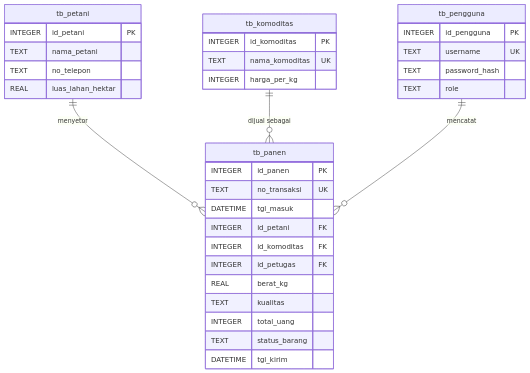
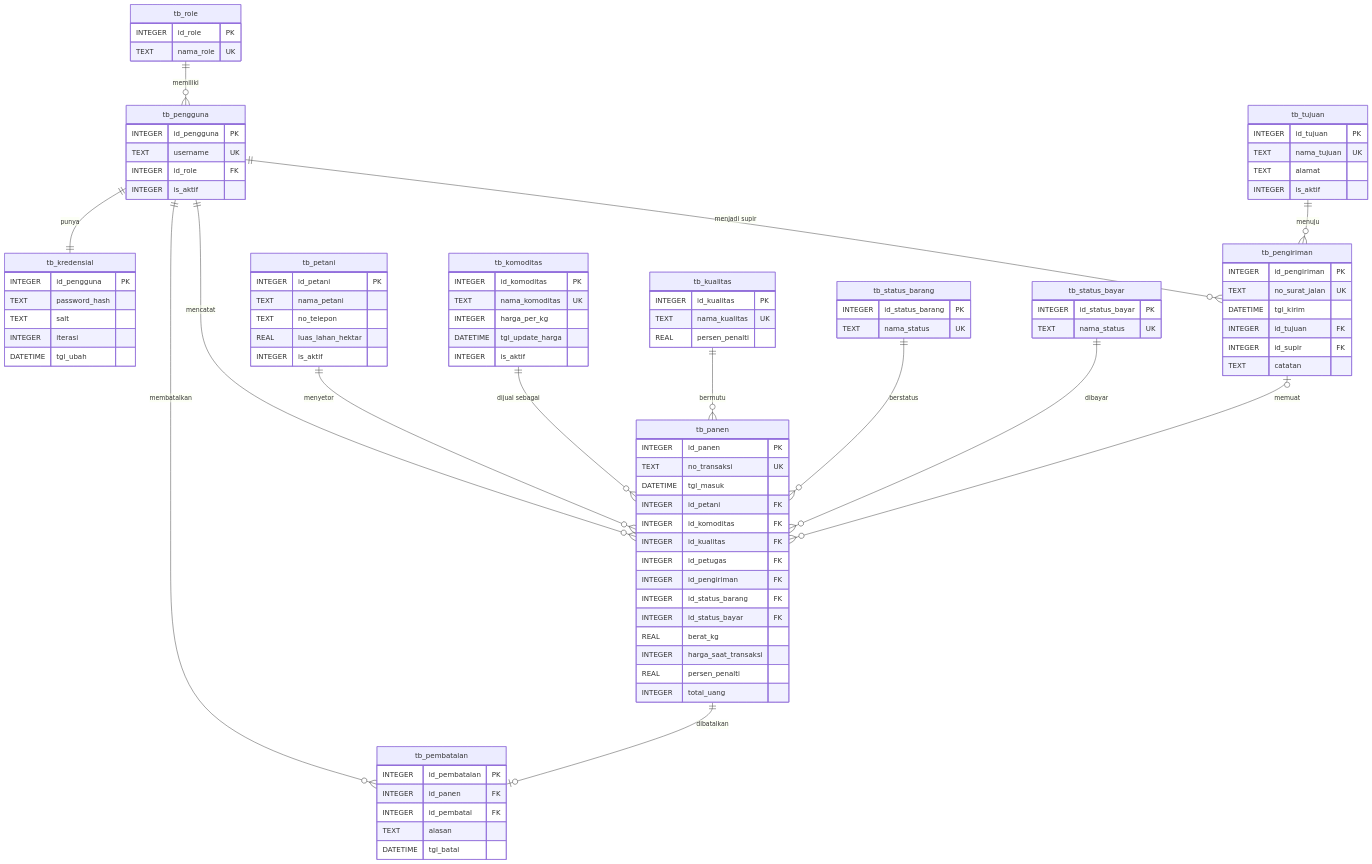
The second of 2 diagrams in README.md (Abidsyakur/AgriTrack), drawn with Mermaid before and after one commit. The commit also changed other lines of this file, not shown here.

````diff
--- a/README.md
+++ b/README.md
@@ -98,24 +130,75 @@
 ```mermaid
 erDiagram
+  tb_role ||--o{ tb_pengguna : "memiliki"
+  tb_pengguna ||--|| tb_kredensial : "punya"
+  tb_pengguna ||--o{ tb_panen : "mencatat"
+  tb_pengguna ||--o{ tb_pengiriman : "menjadi supir"
+  tb_pengguna ||--o{ tb_pembatalan : "membatalkan"
   tb_petani ||--o{ tb_panen : "menyetor"
   tb_komoditas ||--o{ tb_panen : "dijual sebagai"
-  tb_pengguna ||--o{ tb_panen : "mencatat"
+  tb_kualitas ||--o{ tb_panen : "bermutu"
+  tb_status_barang ||--o{ tb_panen : "berstatus"
+  tb_status_bayar ||--o{ tb_panen : "dibayar"
+  tb_tujuan ||--o{ tb_pengiriman : "menuju"
+  tb_pengiriman |o--o{ tb_panen : "memuat"
+  tb_panen ||--o| tb_pembatalan : "dibatalkan"
+  tb_role {
+    INTEGER id_role PK
+    TEXT nama_role UK
+  }
   tb_pengguna {
     INTEGER id_pengguna PK
     TEXT username UK
+    INTEGER id_role FK
+    INTEGER is_aktif
+  }
+  tb_kredensial {
+    INTEGER id_pengguna PK
     TEXT password_hash
-    TEXT role
+    TEXT salt
+    INTEGER iterasi
+    DATETIME tgl_ubah
   }
   tb_petani {
     INTEGER id_petani PK
     TEXT nama_petani
     TEXT no_telepon
     REAL luas_lahan_hektar
+    INTEGER is_aktif
   }
   tb_komoditas {
     INTEGER id_komoditas PK
     TEXT nama_komoditas UK
     INTEGER harga_per_kg
+    DATETIME tgl_update_harga
+    INTEGER is_aktif
+  }
+  tb_kualitas {
+    INTEGER id_kualitas PK
+    TEXT nama_kualitas UK
+    REAL persen_penalti
+  }
+  tb_status_barang {
+    INTEGER id_status_barang PK
+    TEXT nama_status UK
+  }
+  tb_status_bayar {
+    INTEGER id_status_bayar PK
+    TEXT nama_status UK
+  }
+  tb_tujuan {
+    INTEGER id_tujuan PK
+    TEXT nama_tujuan UK
+    TEXT alamat
+    INTEGER is_aktif
+  }
+  tb_pengiriman {
+    INTEGER id_pengiriman PK
+    TEXT no_surat_jalan UK
+    DATETIME tgl_kirim
+    INTEGER id_tujuan FK
+    INTEGER id_supir FK
+    TEXT catatan
   }
   tb_panen {
     INTEGER id_panen PK
@@ -123,11 +206,21 @@
     DATETIME tgl_masuk
     INTEGER id_petani FK
     INTEGER id_komoditas FK
+    INTEGER id_kualitas FK
     INTEGER id_petugas FK
+    INTEGER id_pengiriman FK
+    INTEGER id_status_barang FK
+    INTEGER id_status_bayar FK
     REAL berat_kg
-    TEXT kualitas
+    INTEGER harga_saat_transaksi
+    REAL persen_penalti
     INTEGER total_uang
-    TEXT status_barang
-    DATETIME tgl_kirim
+  }
+  tb_pembatalan {
+    INTEGER id_pembatalan PK
+    INTEGER id_panen FK
+    INTEGER id_pembatal FK
+    TEXT alasan
+    DATETIME tgl_batal
   }
 ```
````
